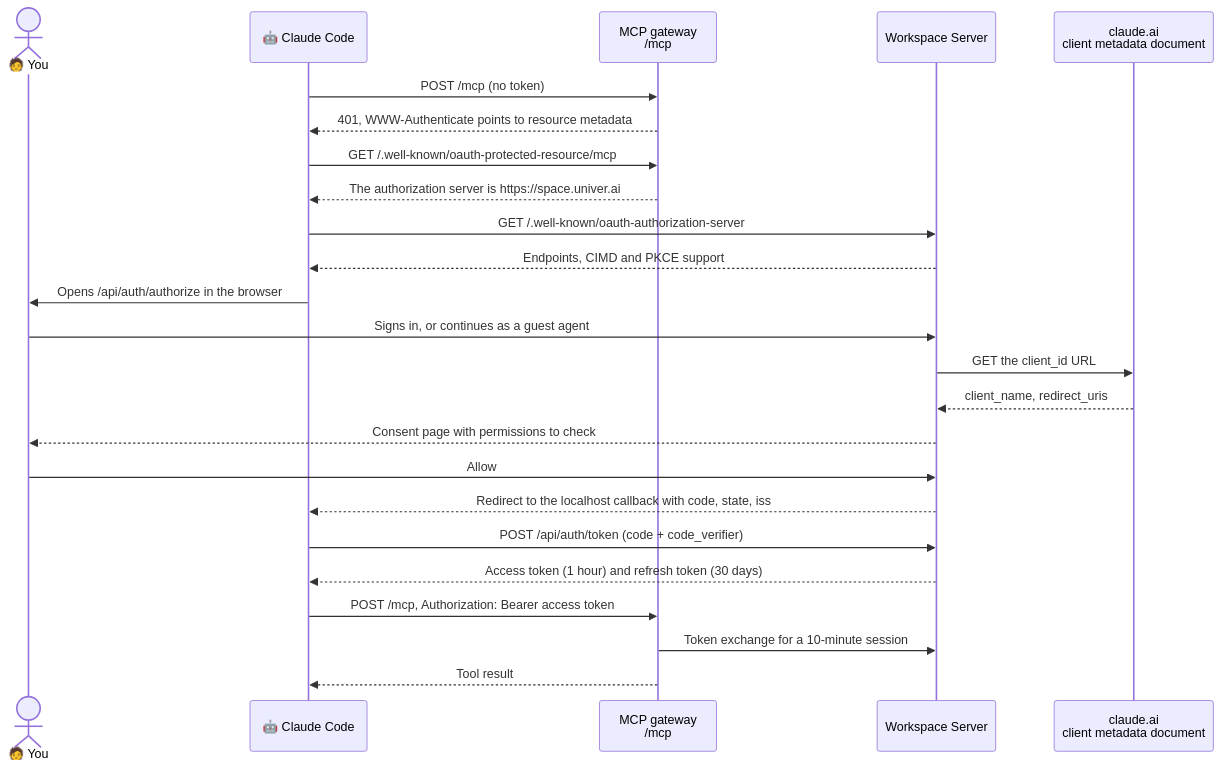
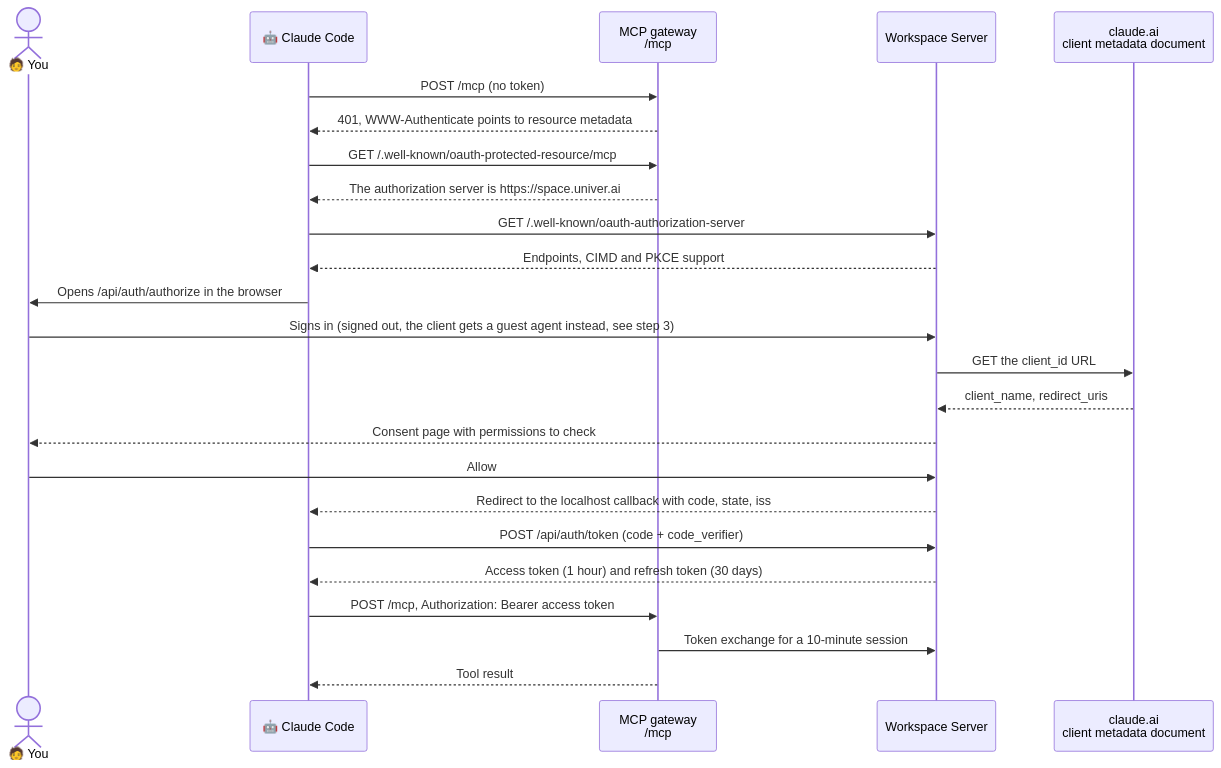
Before and after one commit to dream-num/univer-workspace: the diagram in docs/agent-sign-in.md, drawn with Mermaid. The commit also changed other lines of this file and 19 other files, not shown here.

First line of the commit message:
feat(workspace): give a loopback MCP client a guest agent with no page

````diff
--- a/docs/agent-sign-in.md
+++ b/docs/agent-sign-in.md
@@ -40,26 +40,26 @@
 ```mermaid
 sequenceDiagram
     actor U as 🧑 You
     participant C as 🤖 Claude Code
     participant G as MCP gateway<br/>/mcp
     participant W as Workspace Server
     participant D as claude.ai<br/>client metadata document
     C->>G: POST /mcp (no token)
     G-->>C: 401, WWW-Authenticate points to resource metadata
     C->>G: GET /.well-known/oauth-protected-resource/mcp
     G-->>C: The authorization server is https://space.univer.ai
     C->>W: GET /.well-known/oauth-authorization-server
     W-->>C: Endpoints, CIMD and PKCE support
     C->>U: Opens /api/auth/authorize in the browser
-    U->>W: Signs in, or continues as a guest agent
+    U->>W: Signs in (signed out, the client gets a guest agent instead, see step 3)
     W->>D: GET the client_id URL
     D-->>W: client_name, redirect_uris
     W-->>U: Consent page with permissions to check
     U->>W: Allow
     W-->>C: Redirect to the localhost callback with code, state, iss
     C->>W: POST /api/auth/token (code + code_verifier)
     W-->>C: Access token (1 hour) and refresh token (30 days)
     C->>G: POST /mcp, Authorization: Bearer access token
     G->>W: Token exchange for a 10-minute session
     G-->>C: Tool result
 ```
````
